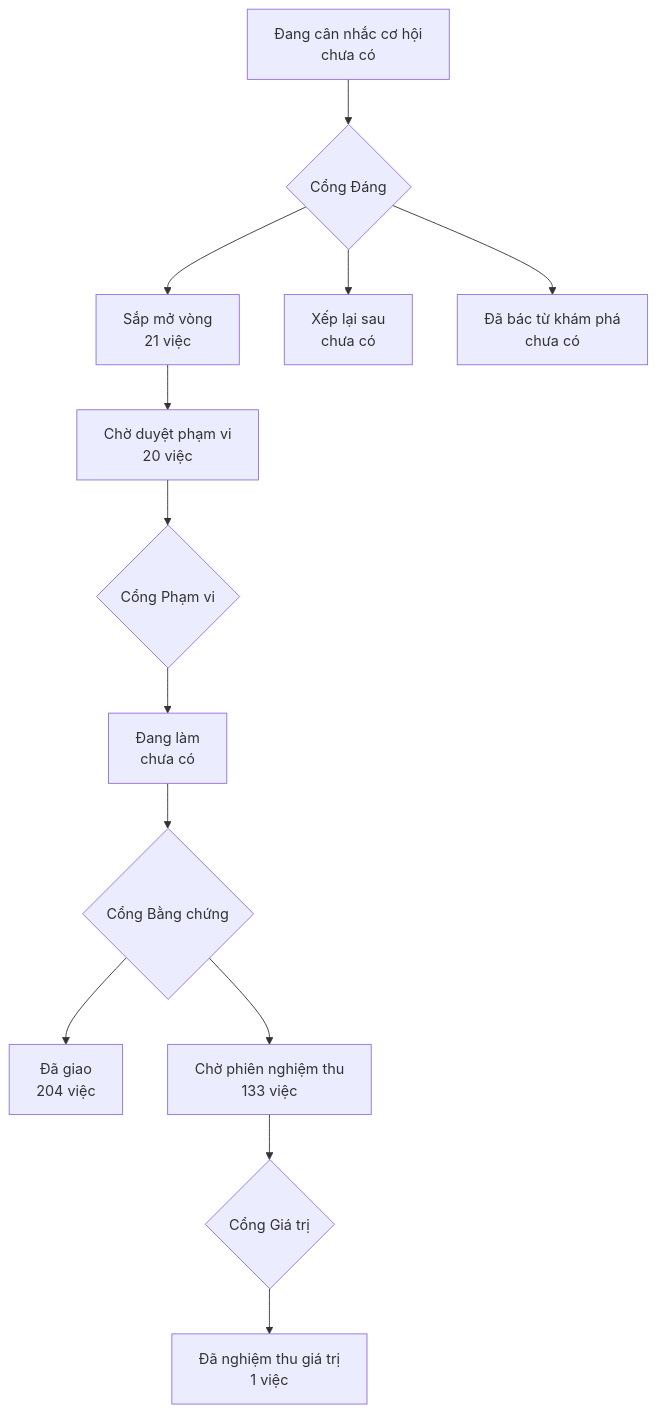
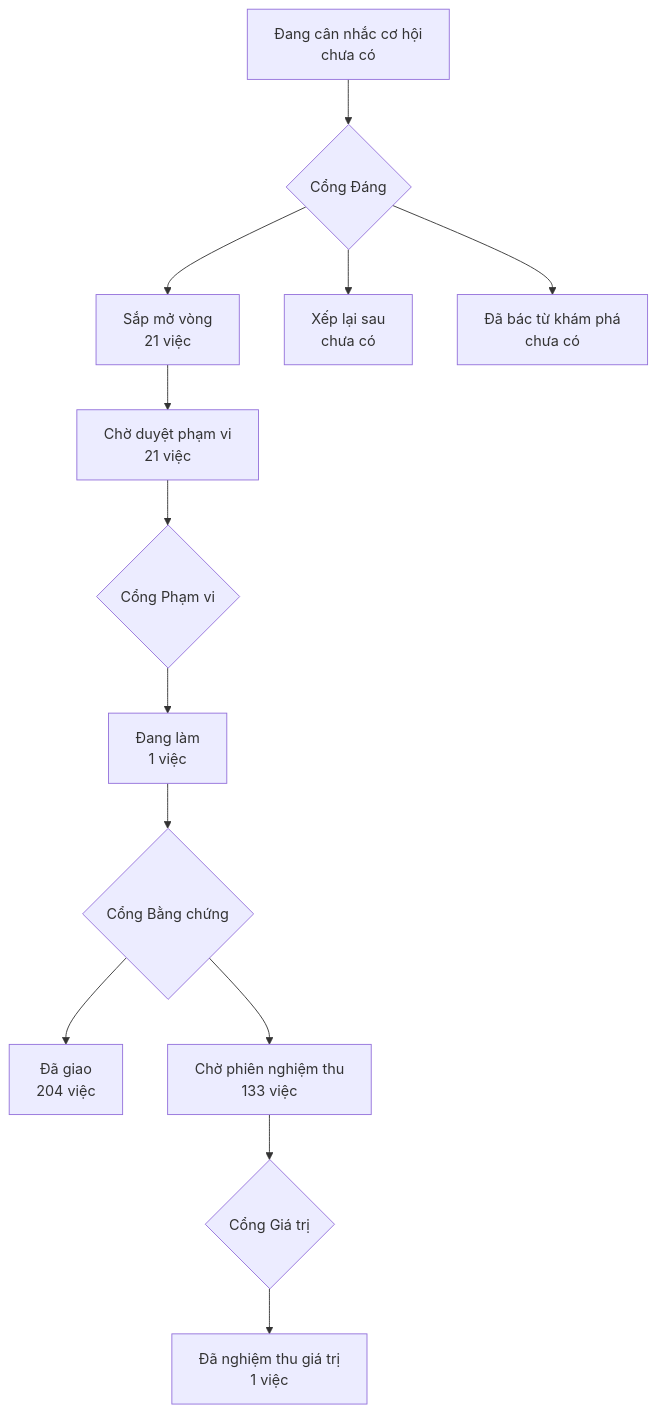
Before and after one commit to phanlemanh/onehub-invest: the diagram in PRODUCT-MAP.md, drawn with Mermaid. The commit also changed other lines of this file and 3 other files, not shown here.

Commit message:
docs(acceptance): DA42 Mạnh duyệt Cổng Phạm vi theo hai khuyến nghị

````diff
--- a/PRODUCT-MAP.md
+++ b/PRODUCT-MAP.md
@@ -7,12 +7,12 @@
 ```mermaid
 flowchart TD
   A["Đang cân nhắc cơ hội<br/>chưa có"] --> GD{"Cổng Đáng"}
   GD --> B["Sắp mở vòng<br/>21 việc"]
   GD --> XL["Xếp lại sau<br/>chưa có"]
   GD --> DB["Đã bác từ khám phá<br/>chưa có"]
-  B --> CD["Chờ duyệt phạm vi<br/>20 việc"] --> GP{"Cổng Phạm vi"}
-  GP --> DL["Đang làm<br/>chưa có"] --> GB{"Cổng Bằng chứng"}
+  B --> CD["Chờ duyệt phạm vi<br/>21 việc"] --> GP{"Cổng Phạm vi"}
+  GP --> DL["Đang làm<br/>1 việc"] --> GB{"Cổng Bằng chứng"}
   GB --> DG["Đã giao<br/>204 việc"]
   GB --> CN["Chờ phiên nghiệm thu<br/>133 việc"] --> GG{"Cổng Giá trị"}
   GG --> NT["Đã nghiệm thu giá trị<br/>1 việc"]
 ```
````
